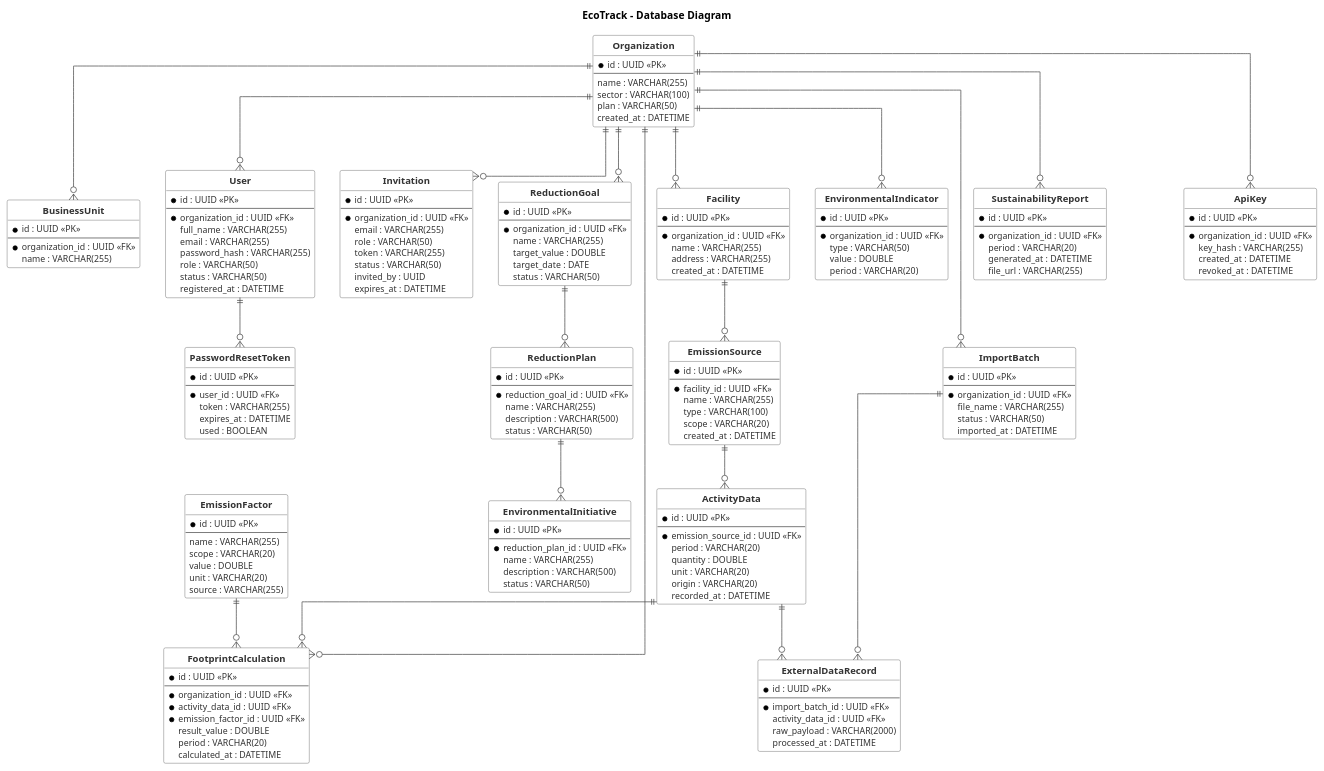
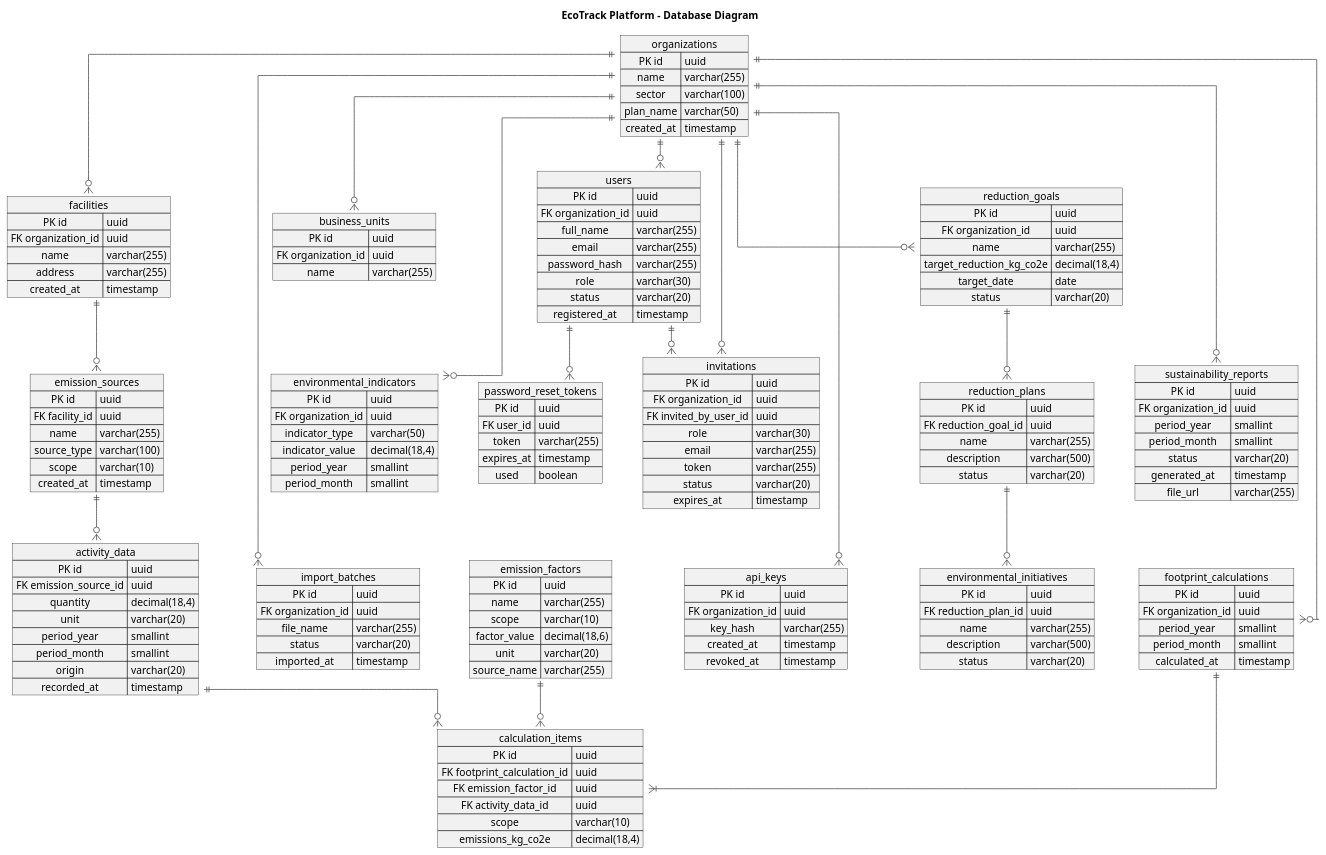
One commit to Horizon-OpenSource/report changed the diagram in docs/database/ecotrack-database-diagram.puml. Above: the diagram before and after it, drawn with PlantUML. The commit also changed 18 other files, not shown here.

Commit message:
docs(report): improve event storming, context, container and database diagrams

```diff
--- a/docs/database/ecotrack-database-diagram.puml
+++ b/docs/database/ecotrack-database-diagram.puml
@@ -1,224 +1,186 @@
 @startuml
-title EcoTrack - Database Diagram
+title EcoTrack Platform - Database Diagram
 hide circle
 skinparam linetype ortho
-skinparam roundcorner 5
-skinparam class {
+skinparam shadowing false
+skinparam defaultFontName Arial
+skinparam nodesep 40
+skinparam ranksep 40
+skinparam object {
   BackgroundColor #FFFFFF
-  BorderColor #4A4A4A
-  ArrowColor #4A4A4A
+  BorderColor #555555
+  HeaderBackgroundColor #C9C9C9
   FontColor #17324D
-  AttributeFontColor #333333
-  AttributeFontSize 12
-  FontSize 13
-  FontStyle bold
+  FontStyle italic
+}
+skinparam ArrowColor #444444
+
+map organizations {
+  PK id => uuid
+     name => varchar(255)
+     sector => varchar(100)
+     plan_name => varchar(50)
+     created_at => timestamp
+}
+map business_units {
+  PK id => uuid
+  FK organization_id => uuid
+     name => varchar(255)
+}
+map facilities {
+  PK id => uuid
+  FK organization_id => uuid
+     name => varchar(255)
+     address => varchar(255)
+     created_at => timestamp
+}
+map users {
+  PK id => uuid
+  FK organization_id => uuid
+     full_name => varchar(255)
+     email => varchar(255)
+     password_hash => varchar(255)
+     role => varchar(30)
+     status => varchar(20)
+     registered_at => timestamp
+}
+map invitations {
+  PK id => uuid
+  FK organization_id => uuid
+  FK invited_by_user_id => uuid
+     role => varchar(30)
+     email => varchar(255)
+     token => varchar(255)
+     status => varchar(20)
+     expires_at => timestamp
+}
+map password_reset_tokens {
+  PK id => uuid
+  FK user_id => uuid
+     token => varchar(255)
+     expires_at => timestamp
+     used => boolean
+}
+map emission_sources {
+  PK id => uuid
+  FK facility_id => uuid
+     name => varchar(255)
+     source_type => varchar(100)
+     scope => varchar(10)
+     created_at => timestamp
+}
+map activity_data {
+  PK id => uuid
+  FK emission_source_id => uuid
+     quantity => decimal(18,4)
+     unit => varchar(20)
+     period_year => smallint
+     period_month => smallint
+     origin => varchar(20)
+     recorded_at => timestamp
+}
+map emission_factors {
+  PK id => uuid
+     name => varchar(255)
+     scope => varchar(10)
+     factor_value => decimal(18,6)
+     unit => varchar(20)
+     source_name => varchar(255)
+}
+map footprint_calculations {
+  PK id => uuid
+  FK organization_id => uuid
+     period_year => smallint
+     period_month => smallint
+     calculated_at => timestamp
+}
+map calculation_items {
+  PK id => uuid
+  FK footprint_calculation_id => uuid
+  FK emission_factor_id => uuid
+  FK activity_data_id => uuid
+     scope => varchar(10)
+     emissions_kg_co2e => decimal(18,4)
+}
+map reduction_goals {
+  PK id => uuid
+  FK organization_id => uuid
+     name => varchar(255)
+     target_reduction_kg_co2e => decimal(18,4)
+     target_date => date
+     status => varchar(20)
+}
+map reduction_plans {
+  PK id => uuid
+  FK reduction_goal_id => uuid
+     name => varchar(255)
+     description => varchar(500)
+     status => varchar(20)
+}
+map environmental_initiatives {
+  PK id => uuid
+  FK reduction_plan_id => uuid
+     name => varchar(255)
+     description => varchar(500)
+     status => varchar(20)
+}
+map environmental_indicators {
+  PK id => uuid
+  FK organization_id => uuid
+     indicator_type => varchar(50)
+     indicator_value => decimal(18,4)
+     period_year => smallint
+     period_month => smallint
+}
+map sustainability_reports {
+  PK id => uuid
+  FK organization_id => uuid
+     period_year => smallint
+     period_month => smallint
+     status => varchar(20)
+     generated_at => timestamp
+     file_url => varchar(255)
+}
+map import_batches {
+  PK id => uuid
+  FK organization_id => uuid
+     file_name => varchar(255)
+     status => varchar(20)
+     imported_at => timestamp
+}
+map api_keys {
+  PK id => uuid
+  FK organization_id => uuid
+     key_hash => varchar(255)
+     created_at => timestamp
+     revoked_at => timestamp
 }
 
-' ===================== Organization Management =====================
-entity Organization {
-  * id : UUID <<PK>>
-  --
-  name : VARCHAR(255)
-  sector : VARCHAR(100)
-  plan : VARCHAR(50)
-  created_at : DATETIME
-}
+organizations ||--o{ facilities
+organizations ||--o{ business_units
+organizations ||--o{ users
+organizations ||--o{ invitations
+users ||--o{ invitations
+users ||--o{ password_reset_tokens
+facilities ||--o{ emission_sources
+emission_sources ||--o{ activity_data
+organizations ||--o{ footprint_calculations
+footprint_calculations ||--|{ calculation_items
+emission_factors ||--o{ calculation_items
+activity_data ||--o{ calculation_items
+organizations ||--o{ reduction_goals
+reduction_goals ||--o{ reduction_plans
+reduction_plans ||--o{ environmental_initiatives
+organizations ||--o{ environmental_indicators
+organizations ||--o{ sustainability_reports
+organizations ||--o{ import_batches
+organizations ||--o{ api_keys
 
-entity Facility {
-  * id : UUID <<PK>>
-  --
-  * organization_id : UUID <<FK>>
-  name : VARCHAR(255)
-  address : VARCHAR(255)
-  created_at : DATETIME
-}
-
-entity BusinessUnit {
-  * id : UUID <<PK>>
-  --
-  * organization_id : UUID <<FK>>
-  name : VARCHAR(255)
-}
-
-' ===================== IAM =====================
-entity "User" as UserTable {
-  * id : UUID <<PK>>
-  --
-  * organization_id : UUID <<FK>>
-  full_name : VARCHAR(255)
-  email : VARCHAR(255)
-  password_hash : VARCHAR(255)
-  role : VARCHAR(50)
-  status : VARCHAR(50)
-  registered_at : DATETIME
-}
-
-entity PasswordResetToken {
-  * id : UUID <<PK>>
-  --
-  * user_id : UUID <<FK>>
-  token : VARCHAR(255)
-  expires_at : DATETIME
-  used : BOOLEAN
-}
-
-entity Invitation {
-  * id : UUID <<PK>>
-  --
-  * organization_id : UUID <<FK>>
-  email : VARCHAR(255)
-  role : VARCHAR(50)
-  token : VARCHAR(255)
-  status : VARCHAR(50)
-  invited_by : UUID
-  expires_at : DATETIME
-}
-
-' ===================== Emissions Management =====================
-entity EmissionSource {
-  * id : UUID <<PK>>
-  --
-  * facility_id : UUID <<FK>>
-  name : VARCHAR(255)
-  type : VARCHAR(100)
-  scope : VARCHAR(20)
-  created_at : DATETIME
-}
-
-entity ActivityData {
-  * id : UUID <<PK>>
-  --
-  * emission_source_id : UUID <<FK>>
-  period : VARCHAR(20)
-  quantity : DOUBLE
-  unit : VARCHAR(20)
-  origin : VARCHAR(20)
-  recorded_at : DATETIME
-}
-
-' ===================== Carbon Footprint Calculation =====================
-entity EmissionFactor {
-  * id : UUID <<PK>>
-  --
-  name : VARCHAR(255)
-  scope : VARCHAR(20)
-  value : DOUBLE
-  unit : VARCHAR(20)
-  source : VARCHAR(255)
-}
-
-entity FootprintCalculation {
-  * id : UUID <<PK>>
-  --
-  * organization_id : UUID <<FK>>
-  * activity_data_id : UUID <<FK>>
-  * emission_factor_id : UUID <<FK>>
-  result_value : DOUBLE
-  period : VARCHAR(20)
-  calculated_at : DATETIME
-}
-
-' ===================== Goals and Reduction Plans =====================
-entity ReductionGoal {
-  * id : UUID <<PK>>
-  --
-  * organization_id : UUID <<FK>>
-  name : VARCHAR(255)
-  target_value : DOUBLE
-  target_date : DATE
-  status : VARCHAR(50)
-}
-
-entity ReductionPlan {
-  * id : UUID <<PK>>
-  --
-  * reduction_goal_id : UUID <<FK>>
-  name : VARCHAR(255)
-  description : VARCHAR(500)
-  status : VARCHAR(50)
-}
-
-entity EnvironmentalInitiative {
-  * id : UUID <<PK>>
-  --
-  * reduction_plan_id : UUID <<FK>>
-  name : VARCHAR(255)
-  description : VARCHAR(500)
-  status : VARCHAR(50)
-}
-
-' ===================== Analytics and Reports =====================
-entity EnvironmentalIndicator {
-  * id : UUID <<PK>>
-  --
-  * organization_id : UUID <<FK>>
-  type : VARCHAR(50)
-  value : DOUBLE
-  period : VARCHAR(20)
-}
-
-entity SustainabilityReport {
-  * id : UUID <<PK>>
-  --
-  * organization_id : UUID <<FK>>
-  period : VARCHAR(20)
-  generated_at : DATETIME
-  file_url : VARCHAR(255)
-}
-
-' ===================== Data Integration =====================
-entity ImportBatch {
-  * id : UUID <<PK>>
-  --
-  * organization_id : UUID <<FK>>
-  file_name : VARCHAR(255)
-  status : VARCHAR(50)
-  imported_at : DATETIME
-}
-
-entity ExternalDataRecord {
-  * id : UUID <<PK>>
-  --
-  * import_batch_id : UUID <<FK>>
-  activity_data_id : UUID <<FK>>
-  raw_payload : VARCHAR(2000)
-  processed_at : DATETIME
-}
-
-entity ApiKey {
-  * id : UUID <<PK>>
-  --
-  * organization_id : UUID <<FK>>
-  key_hash : VARCHAR(255)
-  created_at : DATETIME
-  revoked_at : DATETIME
-}
-
-' ===================== Relationships =====================
-Organization ||--o{ Facility
-Organization ||--o{ BusinessUnit
-Organization ||--o{ UserTable
-Organization ||--o{ Invitation
-Organization ||--o{ FootprintCalculation
-Organization ||--o{ ReductionGoal
-Organization ||--o{ EnvironmentalIndicator
-Organization ||--o{ SustainabilityReport
-Organization ||--o{ ImportBatch
-Organization ||--o{ ApiKey
-
-UserTable ||--o{ PasswordResetToken
-
-Facility ||--o{ EmissionSource
-
-EmissionSource ||--o{ ActivityData
-
-ActivityData ||--o{ FootprintCalculation
-EmissionFactor ||--o{ FootprintCalculation
-
-ReductionGoal ||--o{ ReductionPlan
-ReductionPlan ||--o{ EnvironmentalInitiative
-
-ImportBatch ||--o{ ExternalDataRecord
-ActivityData ||--o{ ExternalDataRecord
-
+' --- layout helpers (hidden) ---
+business_units -[hidden]down-> environmental_indicators
+environmental_indicators -[hidden]down-> import_batches
+reduction_goals -[hidden]down-> sustainability_reports
+sustainability_reports -[hidden]down-> footprint_calculations
+invitations -[hidden]down-> api_keys
+password_reset_tokens -[hidden]down-> emission_factors
 @enduml
```
